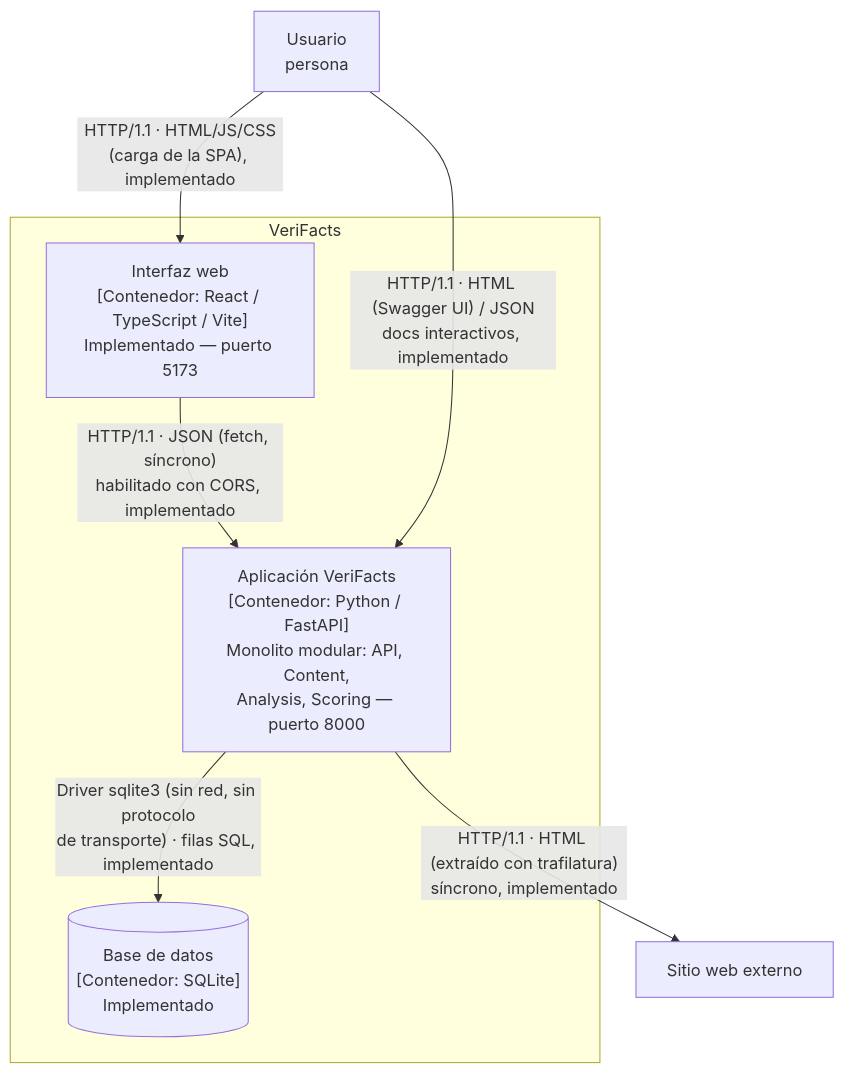
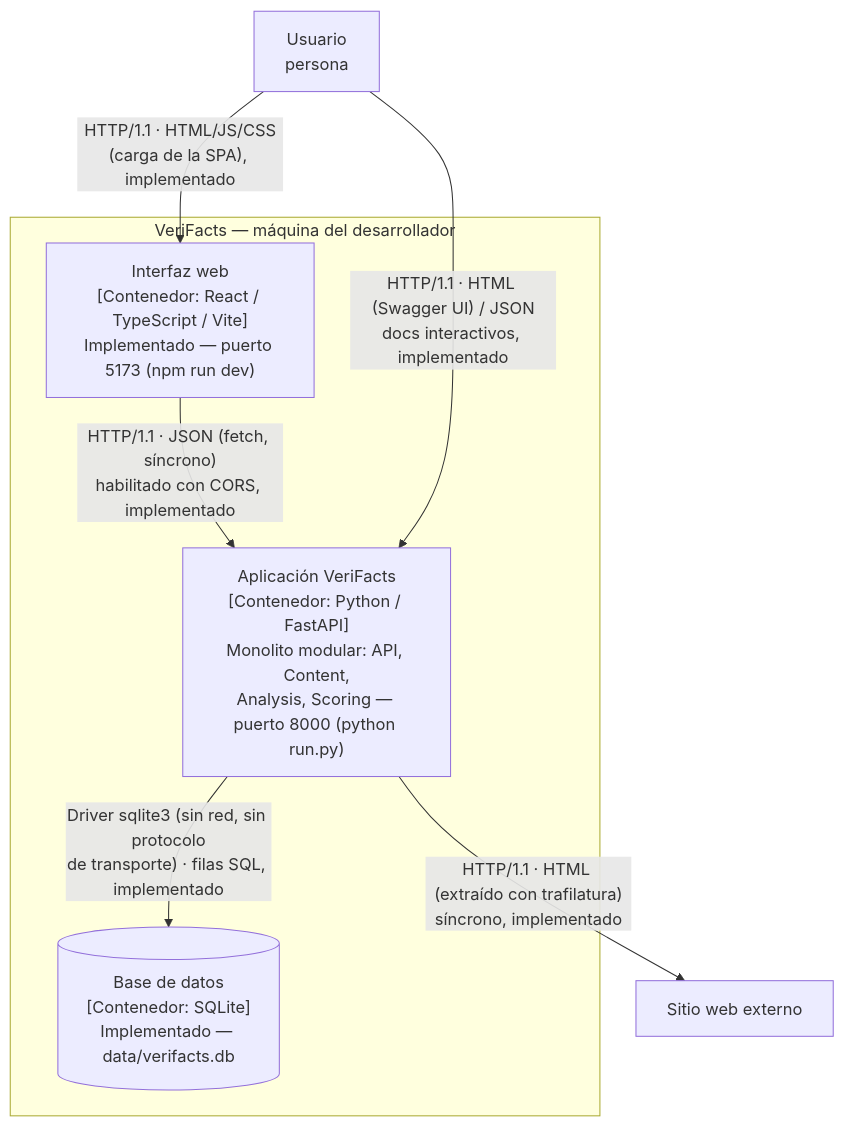
The second of 2 diagrams in docs/c4/02-contenedores.md (ISCOUTB/AS_202620_Verifacts), drawn with Mermaid before and after one commit. The commit also changed other lines of this file, not shown here.

First line of the commit message:
Revise container documentation and diagrams

````diff
--- a/docs/c4/02-contenedores.md
+++ b/docs/c4/02-contenedores.md
@@ -22,18 +60,18 @@
 ```mermaid
 flowchart TB
     U[Usuario<br/>persona]
 
-    subgraph VF[VeriFacts]
-        FE["Interfaz web<br/>[Contenedor: React / TypeScript / Vite]<br/>Implementado — puerto 5173"]
-        API["Aplicación VeriFacts<br/>[Contenedor: Python / FastAPI]<br/>Monolito modular: API, Content,<br/>Analysis, Scoring — puerto 8000"]
-        DB[("Base de datos<br/>[Contenedor: SQLite]<br/>Implementado")]
+    subgraph VF[VeriFacts — máquina del desarrollador]
+        FE["Interfaz web<br/>[Contenedor: React / TypeScript / Vite]<br/>Implementado — puerto 5173 (npm run dev)"]
+        API["Aplicación VeriFacts<br/>[Contenedor: Python / FastAPI]<br/>Monolito modular: API, Content,<br/>Analysis, Scoring — puerto 8000 (python run.py)"]
+        DB[("Base de datos<br/>[Contenedor: SQLite]<br/>Implementado — data/verifacts.db")]
     end
 
     W[Sitio web externo]
 
     U -->|"HTTP/1.1 · HTML/JS/CSS<br/>(carga de la SPA), implementado"| FE
     FE -->|"HTTP/1.1 · JSON (fetch, síncrono)<br/>habilitado con CORS, implementado"| API
     U -->|"HTTP/1.1 · HTML (Swagger UI) / JSON<br/>docs interactivos, implementado"| API
     API -->|"Driver sqlite3 (sin red, sin protocolo<br/>de transporte) · filas SQL, implementado"| DB
     API -->|"HTTP/1.1 · HTML (extraído con trafilatura)<br/>síncrono, implementado"| W
 ```
````
